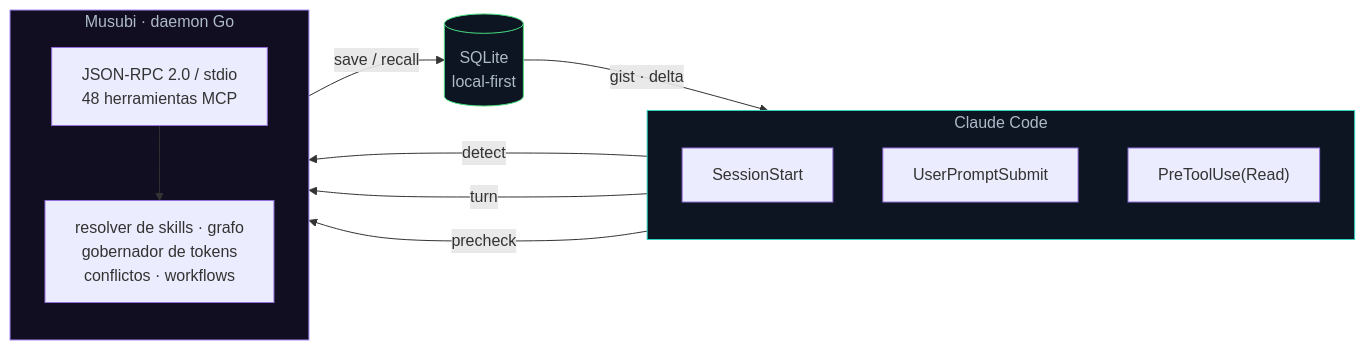
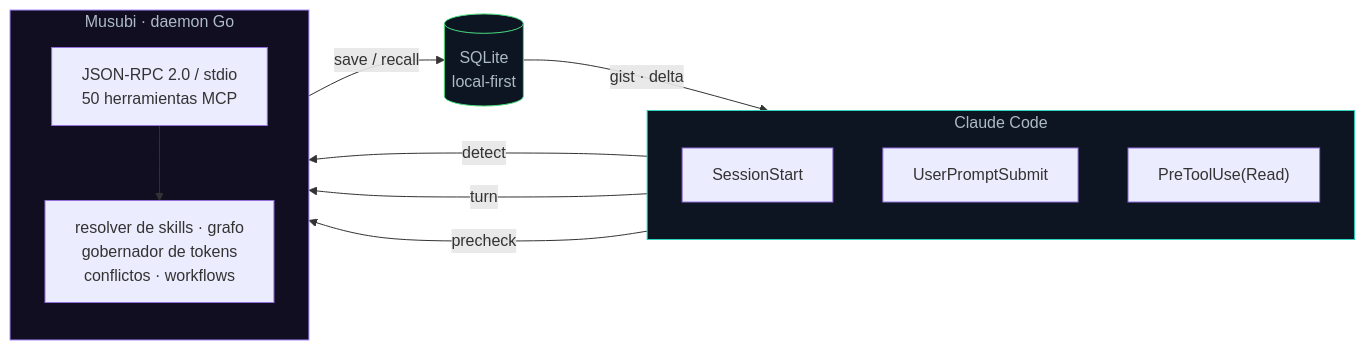
The first of 3 diagrams in README.md (codeabraham16/musubi), drawn with Mermaid before and after one commit. The commit also changed other lines of this file and 22 other files, not shown here.

````diff
--- a/README.md
+++ b/README.md
@@ -68,27 +68,27 @@
 ```mermaid
 flowchart LR
     subgraph CC["Claude Code"]
         direction TB
         H1["SessionStart"]
         H2["UserPromptSubmit"]
         H3["PreToolUse(Read)"]
     end
     subgraph M["Musubi · daemon Go"]
         direction TB
-        RPC["JSON-RPC 2.0 / stdio<br/>48 herramientas MCP"]
+        RPC["JSON-RPC 2.0 / stdio<br/>50 herramientas MCP"]
         COG["resolver de skills · grafo<br/>gobernador de tokens<br/>conflictos · workflows"]
     end
     DB[("SQLite<br/>local-first")]
 
     H1 -- "detect" --> RPC
     H2 -- "turn" --> RPC
     H3 -- "precheck" --> RPC
     RPC --> COG
     COG -- "save / recall" --> DB
     DB -- "gist · delta" --> CC
 
     classDef cc fill:#0d1422,stroke:#2dd4bf,color:#adbac7;
     classDef mm fill:#120e22,stroke:#a78bfa,color:#adbac7;
     classDef db fill:#0d1422,stroke:#4ade80,color:#adbac7;
     class CC cc; class M mm; class DB db;
 ```
````
